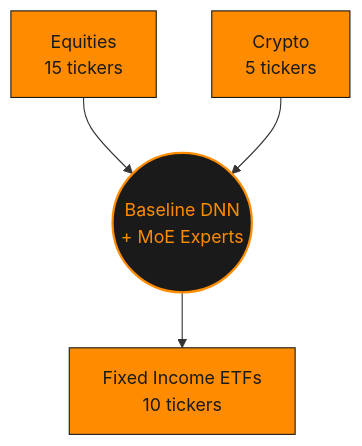
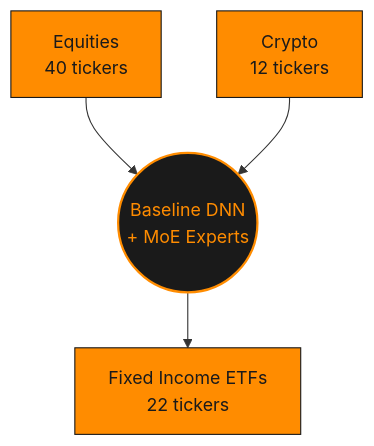
Before and after one commit to leon1706-lol/Aether-quant: the third of 3 diagrams in README.md, drawn with Mermaid. The commit also changed other lines of this file and 16 other files, not shown here.

````diff
--- a/README.md
+++ b/README.md
@@ -424,12 +477,12 @@
 ```mermaid
 flowchart TD
-    Equities["Equities<br/>15 tickers"] --> DNN
-    Crypto["Crypto<br/>5 tickers"] --> DNN
-    DNN(("Baseline DNN<br/>+ MoE Experts")) --> FixedIncome["Fixed Income ETFs<br/>10 tickers"]
+    Equities["Equities<br/>40 tickers"] --> DNN
+    Crypto["Crypto<br/>12 tickers"] --> DNN
+    DNN(("Baseline DNN<br/>+ MoE Experts")) --> FixedIncome["Fixed Income ETFs<br/>22 tickers"]
 
     classDef hub fill:#1A1A1A,stroke:#FF8C00,color:#FF8C00,stroke-width:2px;
     classDef group fill:#FF8C00,stroke:#1A1A1A,color:#1A1A1A,stroke-width:1px;
 
     class DNN hub;
     class Equities,Crypto,FixedIncome group;
 ```
````
